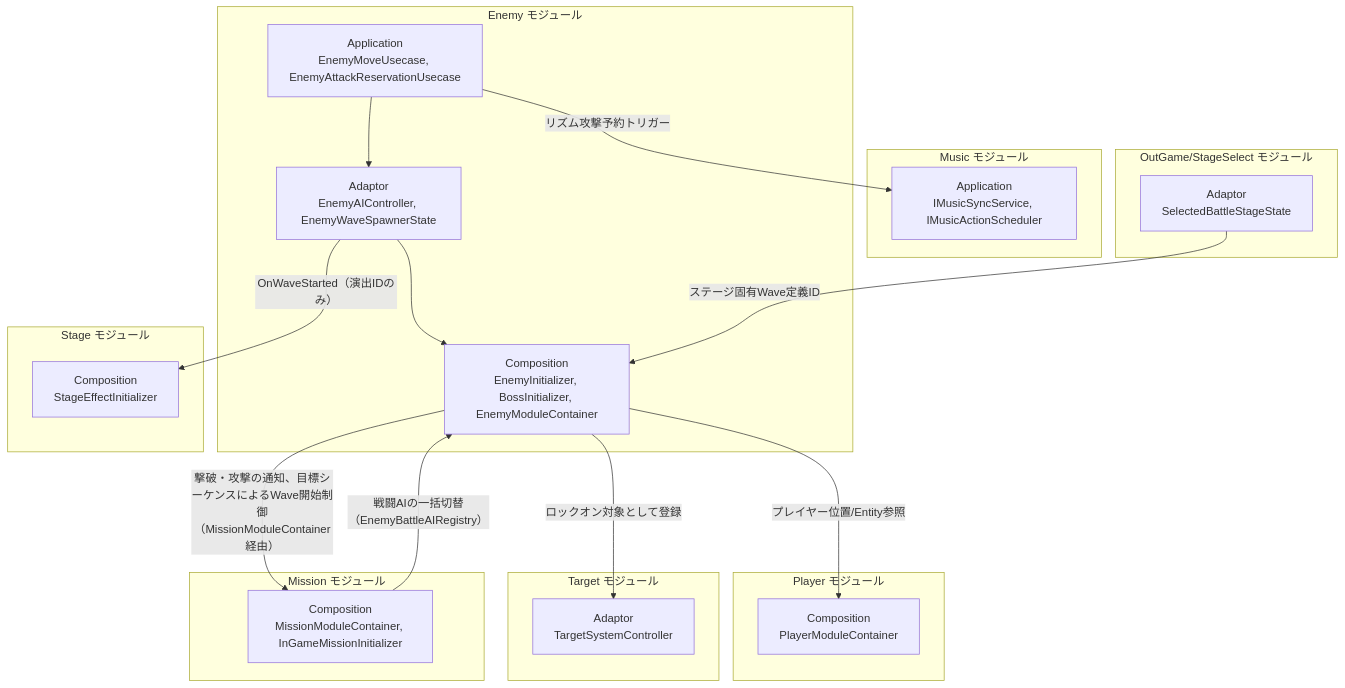
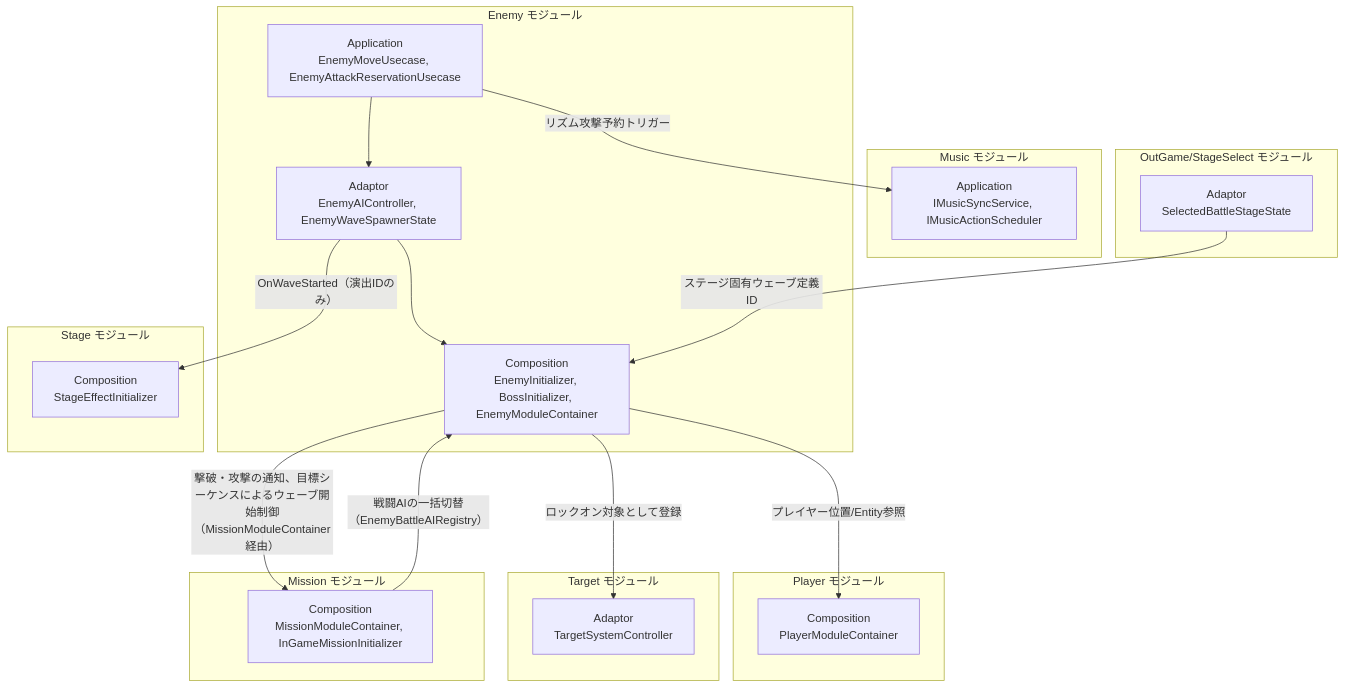
One commit to HIBIKI5201/SymphonyKillChord changed the first of 2 diagrams in Docs/NotionMigration/pages/A2b/3957c2c6-cc02-80cd-94c0-f412b11ffcf7.md. Above: the diagram before and after it, drawn with Mermaid. The commit also changed other lines of this file and 175 other files, not shown here.

````diff
--- a/Docs/NotionMigration/pages/A2b/3957c2c6-cc02-80cd-94c0-f412b11ffcf7.md
+++ b/Docs/NotionMigration/pages/A2b/3957c2c6-cc02-80cd-94c0-f412b11ffcf7.md
@@ -128,44 +134,44 @@
 ```mermaid
 graph TD
     %% 定義 (接続のないレイヤーは省略)
     subgraph EnemyModule [Enemy モジュール]
         E_App["Application<br>EnemyMoveUsecase, EnemyAttackReservationUsecase"]
         E_Adaptor["Adaptor<br>EnemyAIController, EnemyWaveSpawnerState"]
         E_Composition["Composition<br>EnemyInitializer, BossInitializer, EnemyModuleContainer"]
         E_App --> E_Adaptor
         E_Adaptor --> E_Composition
     end
 
     subgraph PlayerModule [Player モジュール]
         P_Composition["Composition<br>PlayerModuleContainer"]
     end
 
     subgraph MusicModule [Music モジュール]
         M_App["Application<br>IMusicSyncService, IMusicActionScheduler"]
     end
 
     subgraph TargetModule [Target モジュール]
         T_Adaptor["Adaptor<br>TargetSystemController"]
     end
 
     subgraph StageSelectModule [OutGame/StageSelect モジュール]
         SS_Adaptor["Adaptor<br>SelectedBattleStageState"]
     end
 
     subgraph MissionModule [Mission モジュール]
         MS_Composition["Composition<br>MissionModuleContainer, InGameMissionInitializer"]
     end
 
     subgraph StageModule [Stage モジュール]
         ST_Composition["Composition<br>StageEffectInitializer"]
     end
 
     %% 依存関係
     E_Composition -->|"プレイヤー位置/Entity参照"| P_Composition
     E_App -->|"リズム攻撃予約トリガー"| M_App
     E_Composition -->|"ロックオン対象として登録"| T_Adaptor
-    SS_Adaptor -->|"ステージ固有Wave定義ID"| E_Composition
-    E_Composition -->|"撃破・攻撃の通知、目標シーケンスによるWave開始制御（MissionModuleContainer経由）"| MS_Composition
+    SS_Adaptor -->|"ステージ固有ウェーブ定義ID"| E_Composition
+    E_Composition -->|"撃破・攻撃の通知、目標シーケンスによるウェーブ開始制御（MissionModuleContainer経由）"| MS_Composition
     MS_Composition -->|"戦闘AIの一括切替（EnemyBattleAIRegistry）"| E_Composition
     E_Adaptor -->|"OnWaveStarted（演出IDのみ）"| ST_Composition
 ```
````
